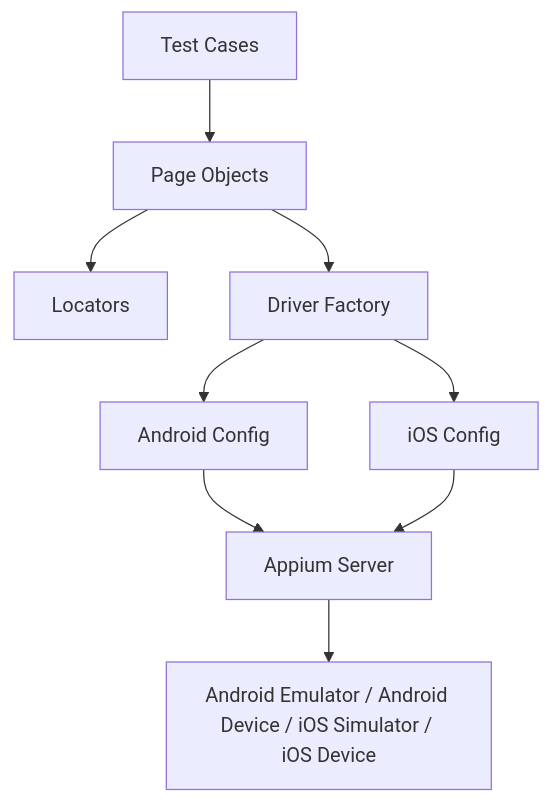
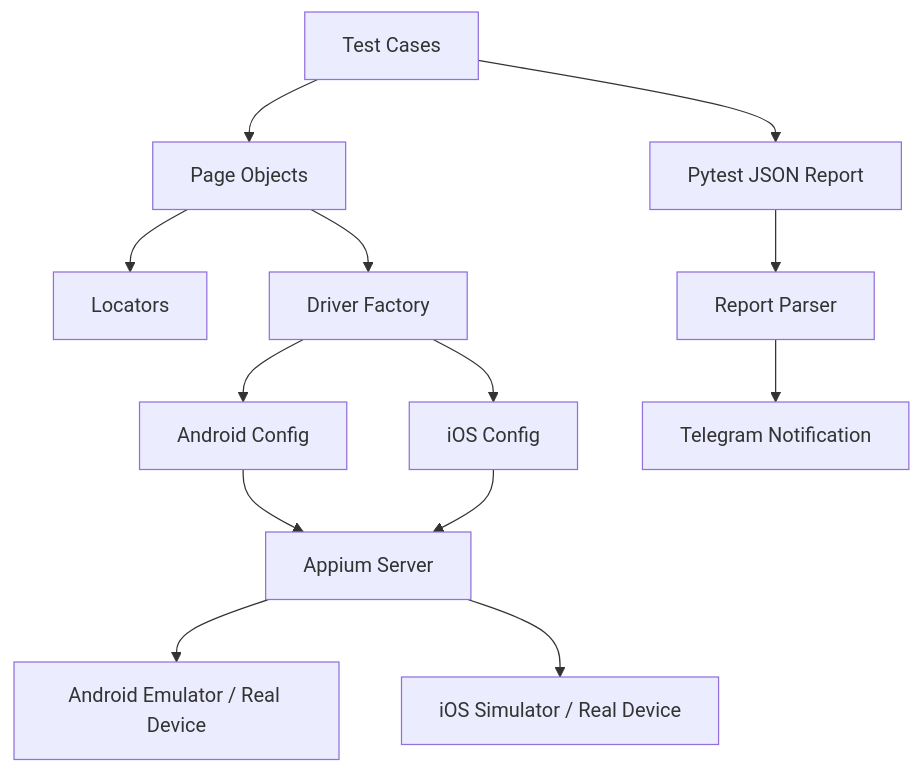
Before and after one commit to naufalazhar65/MOBILE-AUTOMATION-PYTHON: the first of 3 diagrams in README.md, drawn with Mermaid. The commit also changed other lines of this file and 14 other files, not shown here.

````diff
--- a/README.md
+++ b/README.md
@@ -127,21 +200,33 @@
 ```mermaid
 flowchart TD
 
 A[Test Cases]
 B[Page Objects]
 C[Locators]
 D[Driver Factory]
 E[Android Config]
 F[iOS Config]
 G[Appium Server]
-H[Android Emulator / Android Device / iOS Simulator / iOS Device]
+H[Android Emulator / Real Device]
+I[iOS Simulator / Real Device]
+J[Pytest JSON Report]
+K[Report Parser]
+L[Telegram Notification]
 
 A --> B
 B --> C
 B --> D
+
 D --> E
 D --> F
+
 E --> G
 F --> G
+
 G --> H
+G --> I
+
+A --> J
+J --> K
+K --> L
 ```
````
